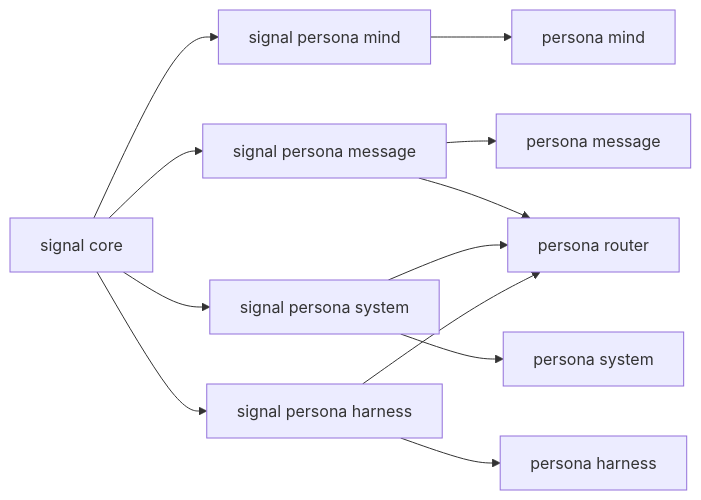
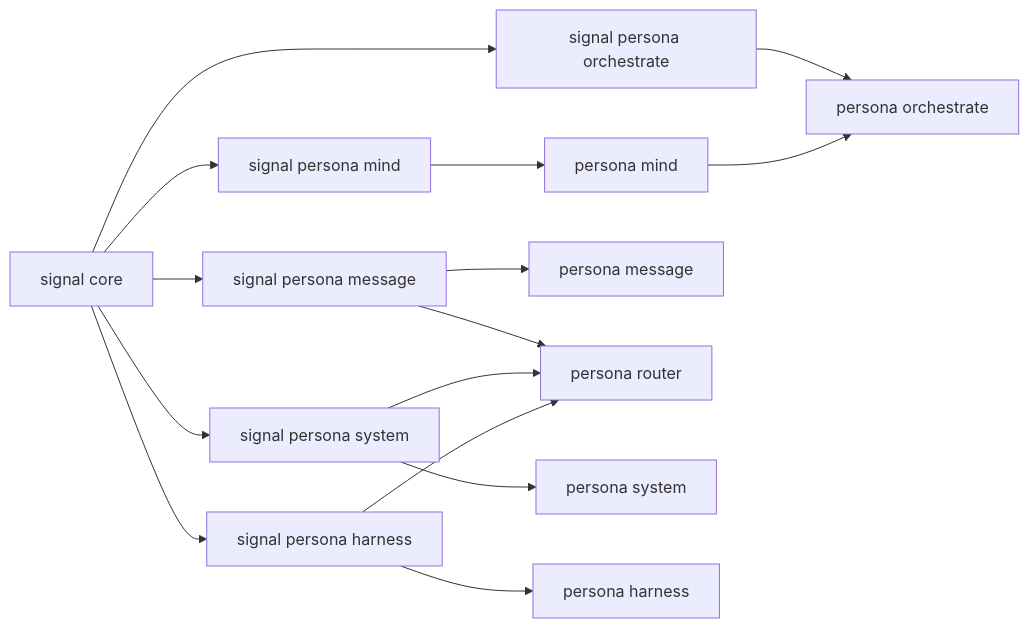
One commit to LiGoldragon/persona changed the second of 8 diagrams in ARCHITECTURE.md. Above: the diagram before and after it, drawn with Mermaid. The commit also changed other lines of this file and 5 other files, not shown here.

Commit message:
persona: reserve orchestrate engine component slot

````diff
--- a/ARCHITECTURE.md
+++ b/ARCHITECTURE.md
@@ -196,14 +215,17 @@
 ```mermaid
 graph LR
     signal_core[signal core] --> mind_contract[signal persona mind]
+    signal_core --> orchestrate_contract[signal persona orchestrate]
     signal_core --> message_contract[signal persona message]
     signal_core --> system_contract[signal persona system]
     signal_core --> harness_contract[signal persona harness]
     mind_contract --> mind[persona mind]
+    orchestrate_contract --> orchestrate[persona orchestrate]
+    mind --> orchestrate
     message_contract --> message[persona message]
     message_contract --> router[persona router]
     system_contract --> system[persona system]
     system_contract --> router
     harness_contract --> router
     harness_contract --> harness[persona harness]
 ```
````
